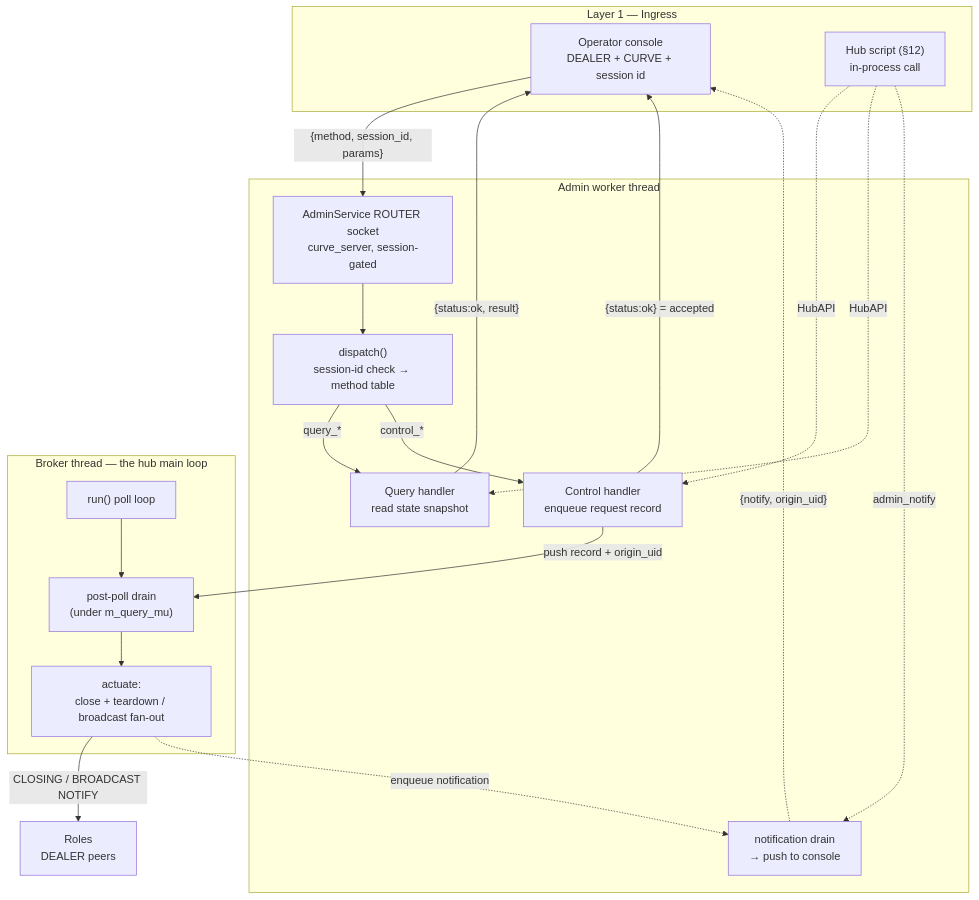
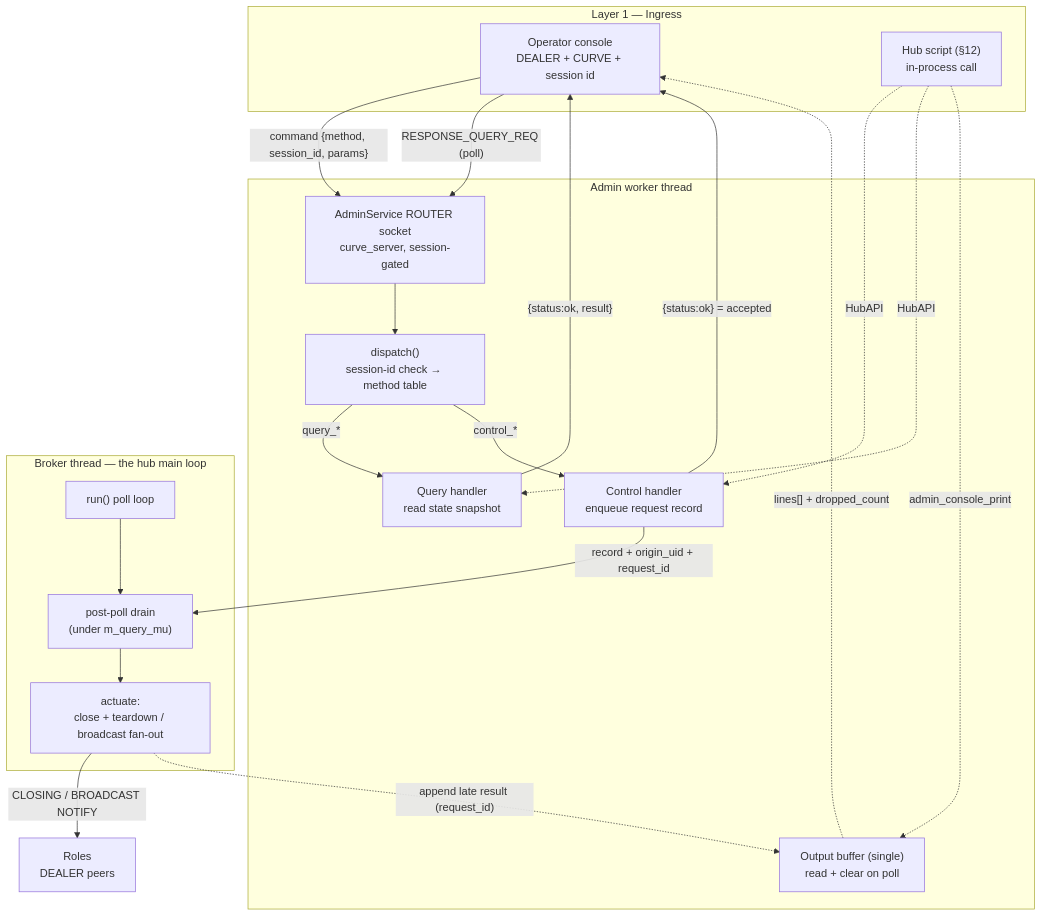
One commit to Qing-LAB/pylabhub changed the seventh of 16 diagrams in docs/HEP/HEP-CORE-0033-Hub-Character.md. Above: the diagram before and after it, drawn with Mermaid. The commit also changed other lines of this file and 3 other files, not shown here.

````diff
--- a/docs/HEP/HEP-CORE-0033-Hub-Character.md
+++ b/docs/HEP/HEP-CORE-0033-Hub-Character.md
@@ -1596,38 +1599,39 @@
 ```mermaid
 flowchart TB
     subgraph ing["Layer 1 — Ingress"]
         OP["Operator console<br/>DEALER + CURVE + session id"]
         SC["Hub script (§12)<br/>in-process call"]
     end
 
     subgraph at["Admin worker thread"]
         RTR["AdminService ROUTER socket<br/>curve_server, session-gated"]
         DISP["dispatch()<br/>session-id check → method table"]
         QRY["Query handler<br/>read state snapshot"]
         CTL["Control handler<br/>enqueue request record"]
-        NTX["notification drain<br/>→ push to console"]
+        BUF["Output buffer (single)<br/>read + clear on poll"]
     end
 
     subgraph bt["Broker thread — the hub main loop"]
         POLL["run() poll loop"]
         DRAIN["post-poll drain<br/>(under m_query_mu)"]
         ACT["actuate:<br/>close + teardown / broadcast fan-out"]
     end
 
     ROLES["Roles<br/>DEALER peers"]
 
-    OP -->|"{method, session_id, params}"| RTR
+    OP -->|"command {method, session_id, params}"| RTR
     RTR --> DISP
     SC -.->|HubAPI| CTL
     SC -.->|HubAPI| QRY
     DISP -->|query_*| QRY
     DISP -->|control_*| CTL
     QRY -->|"{status:ok, result}"| OP
     CTL -->|"{status:ok} = accepted"| OP
-    CTL -->|"push record + origin_uid"| DRAIN
+    CTL -->|"record + origin_uid + request_id"| DRAIN
     POLL --> DRAIN --> ACT
     ACT -->|"CLOSING / BROADCAST NOTIFY"| ROLES
-    ACT -.->|"enqueue notification"| NTX
-    SC -.->|"admin_notify"| NTX
-    NTX -.->|"{notify, origin_uid}"| OP
+    ACT -.->|"append late result (request_id)"| BUF
+    SC -.->|"admin_console_print"| BUF
+    OP -->|"RESPONSE_QUERY_REQ (poll)"| RTR
+    BUF -.->|"lines[] + dropped_count"| OP
 ```
````
